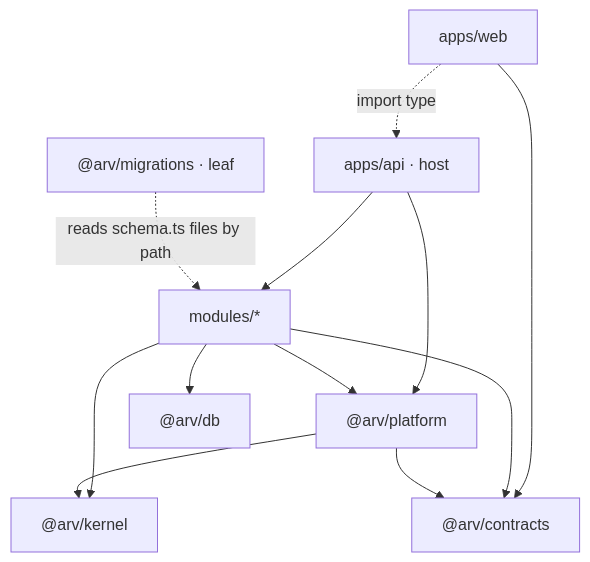
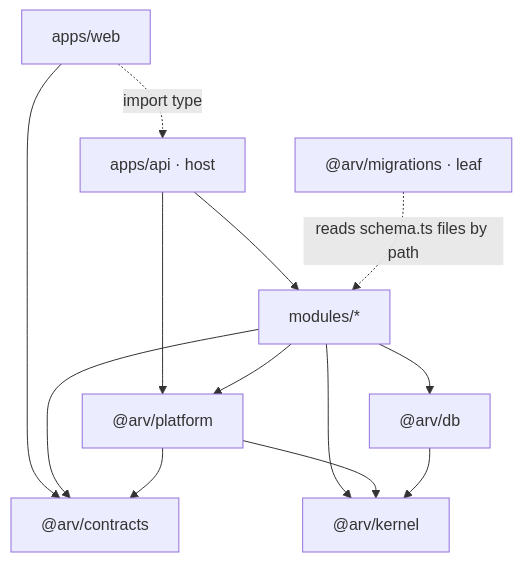
Before and after one commit to Arvest-Digital/arv-intranet: the second of 5 diagrams in ARCHITECTURE.md, drawn with Mermaid. The commit also changed other lines of this file and 13 other files, not shown here.

````diff
--- a/ARCHITECTURE.md
+++ b/ARCHITECTURE.md
@@ -81,16 +81,17 @@
 ```mermaid
 flowchart TB
   web["apps/web"] -. "import type" .-> api["apps/api · host"]
   web --> contracts
   api --> mods["modules/*"]
   api --> platform
   mods --> platform["@arv/platform"]
   mods --> kernel
   mods --> contracts["@arv/contracts"]
   mods --> db
   platform --> contracts
   platform --> kernel
+  db --> kernel
   migrations["@arv/migrations · leaf"] -. "reads schema.ts files by path" .-> mods
   db["@arv/db"]
   kernel["@arv/kernel"]
 ```
````
